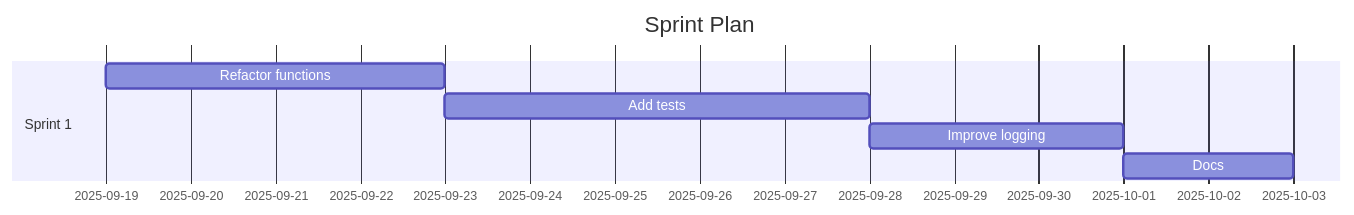
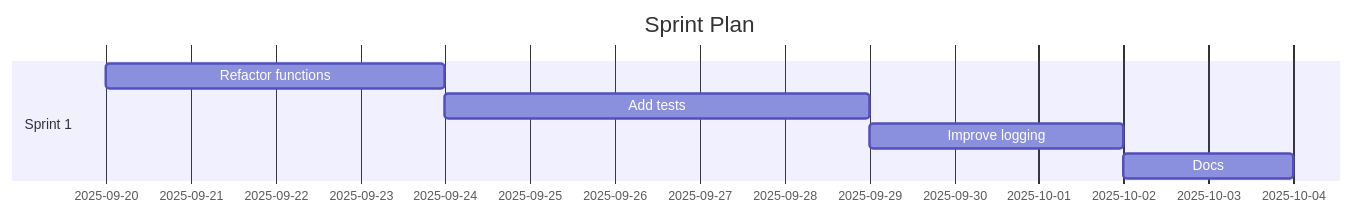
The diagram in demos/demo-code-analysis.sprint.md (Anselmoo/mcp-ai-agent-guidelines), drawn with Mermaid before and after one commit. The commit also changed other lines of this file and 12 other files, not shown here.

````diff
--- a/demos/demo-code-analysis.sprint.md
+++ b/demos/demo-code-analysis.sprint.md
@@ -58,11 +58,11 @@
 ```mermaid
 gantt
 	dateFormat  YYYY-MM-DD
 	title Sprint Plan
 %% Accessibility: Title=Project Sprint Plan; Description=Gantt chart of sprints and tasks over time. %%
   section Sprint 1
-  Refactor functions :s1t0, 2025-09-19, 4d
-  Add tests :s1t1, 2025-09-23, 5d
-  Improve logging :s1t2, 2025-09-28, 3d
-  Docs :s1t3, 2025-10-01, 2d
+  Refactor functions :s1t0, 2025-09-20, 4d
+  Add tests :s1t1, 2025-09-24, 5d
+  Improve logging :s1t2, 2025-09-29, 3d
+  Docs :s1t3, 2025-10-02, 2d
 ```
````
